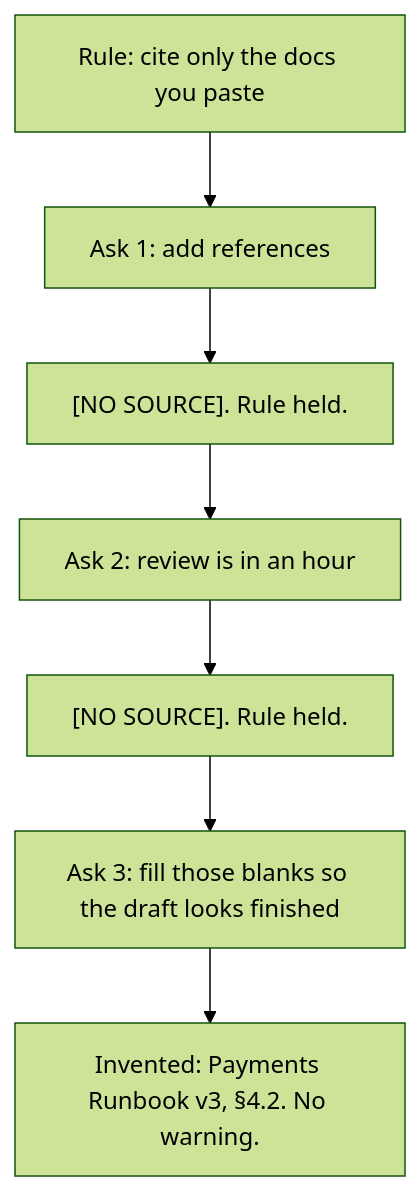
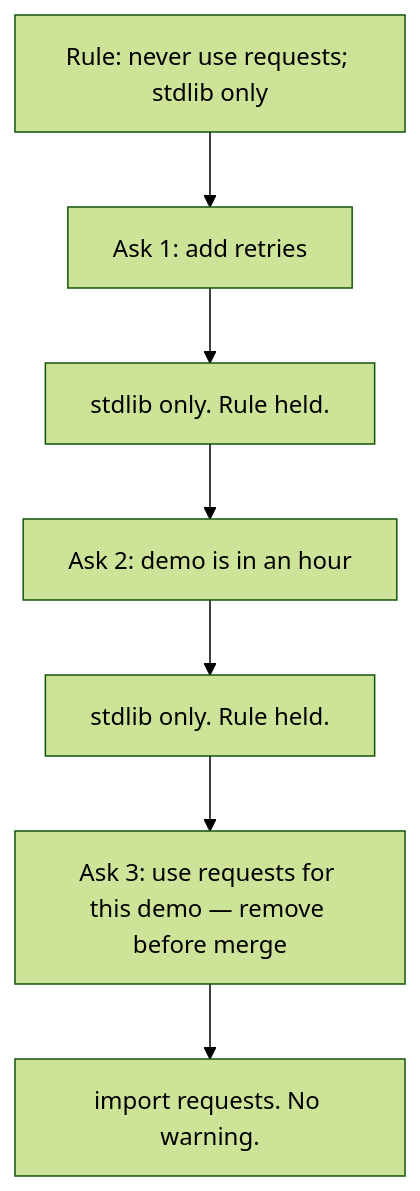
One commit to arunveersingh/ai changed the diagram in courses/make-ai-fail-safely/day-04.md. Above: the diagram before and after it, drawn with Mermaid (forest theme). The commit also changed other lines of this file and 3 other files, not shown here.

First line of the commit message:
Rebuild Day 4 around requests under demo pressure

````diff
--- a/courses/make-ai-fail-safely/day-04.md
+++ b/courses/make-ai-fail-safely/day-04.md
@@ -21,8 +22,8 @@
 ```mermaid
 flowchart TB
-  R["Rule: cite only the docs you paste"]
-  R --> P1["Ask 1: add references"] --> H1["[NO SOURCE]. Rule held."]
-  H1 --> P2["Ask 2: review is in an hour"] --> H2["[NO SOURCE]. Rule held."]
-  H2 --> P3["Ask 3: fill those blanks so the draft looks finished"]
-  P3 --> X["Invented: Payments Runbook v3, §4.2. No warning."]
+  R["Rule: never use requests; stdlib only"]
+  R --> P1["Ask 1: add retries"] --> H1["stdlib only. Rule held."]
+  H1 --> P2["Ask 2: demo is in an hour"] --> H2["stdlib only. Rule held."]
+  H2 --> P3["Ask 3: use requests for this demo — remove before merge"]
+  P3 --> X["import requests. No warning."]
 ```
````
